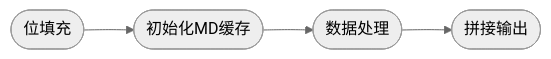
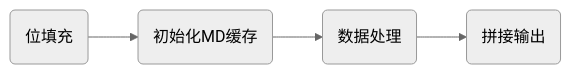
Before and after one commit to mengsuenyan/mengsuenyan.github.io: the diagram in docs/CS/MD5消息摘要算法.md, drawn with Mermaid (neutral theme). The commit also changed 9 other files, not shown here.

````diff
--- a/docs/CS/MD5消息摘要算法.md
+++ b/docs/CS/MD5消息摘要算法.md
@@ -8,6 +8,6 @@
 ```mermaid
 graph LR;
-    step1([位填充])-->step2([初始化MD缓存]);
-    step2 --> step3([数据处理]);
-    step3 --> step4([拼接输出]);
+    step1(位填充)-->step2(初始化MD缓存);
+    step2 --> step3(数据处理);
+    step3 --> step4(拼接输出);
 ```
````
